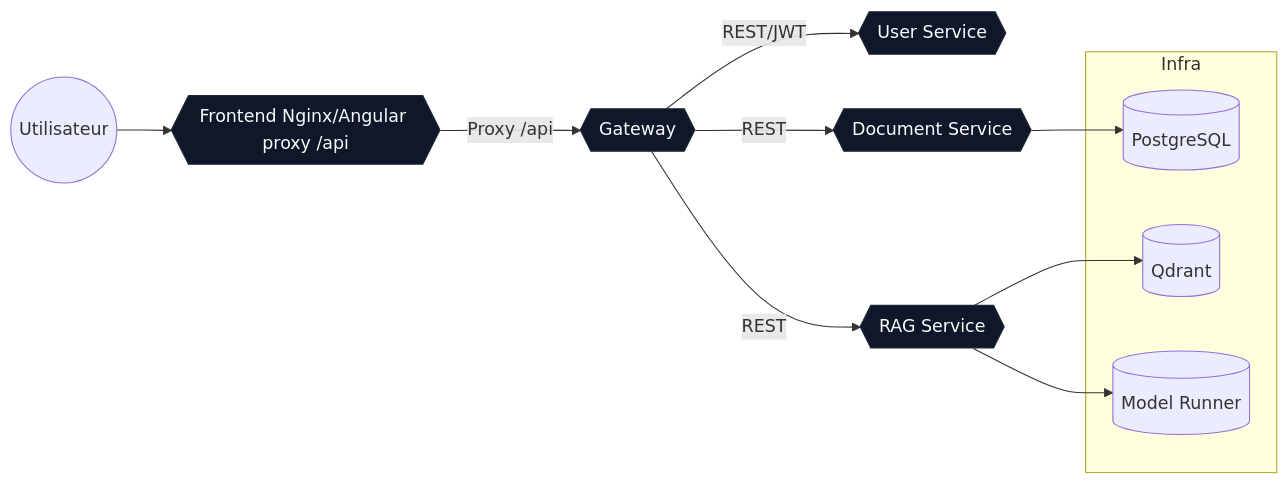
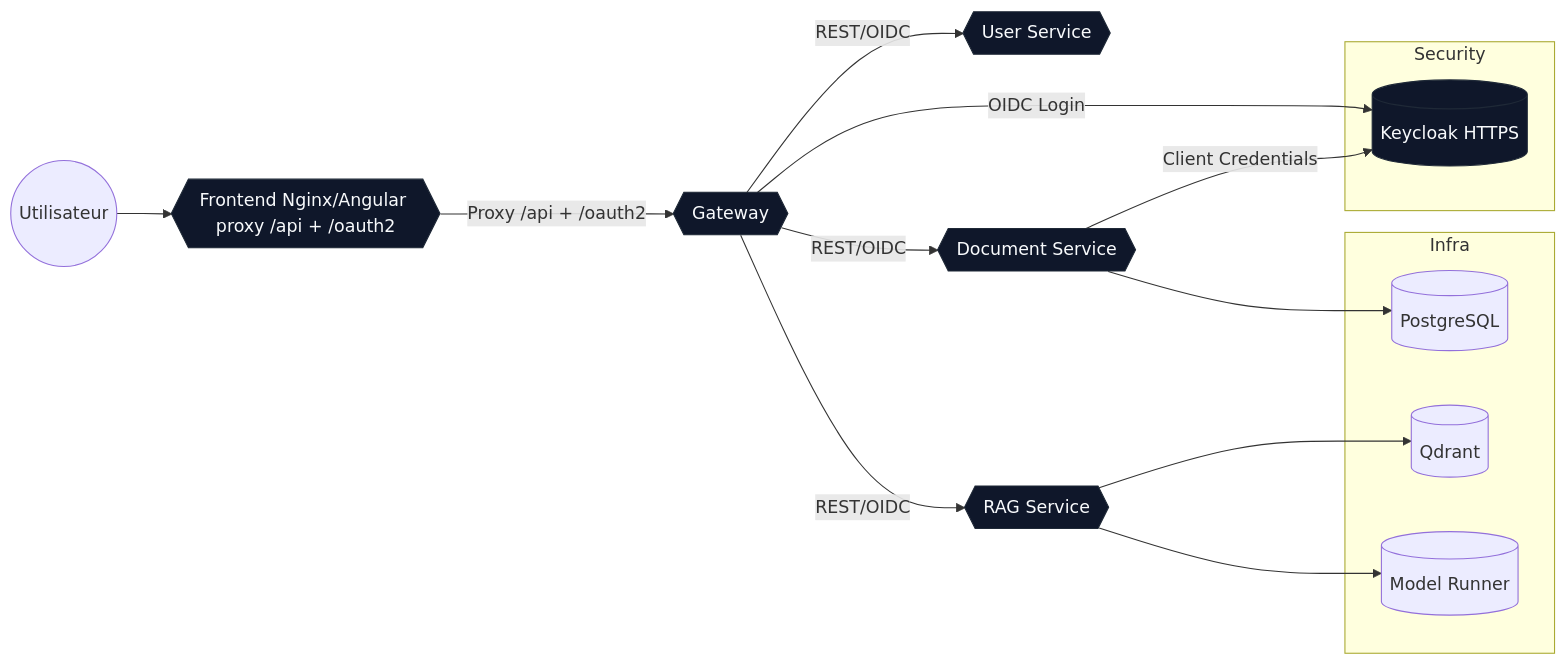
Before and after one commit to dbeaumont/knowledge-app: the second of 2 diagrams in README.md, drawn with Mermaid. The commit also changed other lines of this file and 39 other files, not shown here.

Commit message:
Bascule sur keycloak en https

````diff
--- a/README.md
+++ b/README.md
@@ -112,28 +225,33 @@
 ```mermaid
 flowchart LR
   user((Utilisateur))
   subgraph Infra
     postgres[(PostgreSQL)]
     qdrant[(Qdrant)]
     modelrunner[(Model Runner)]
   end
+  subgraph Security
+    keycloak[(Keycloak HTTPS)]
+  end
 
-  gateway -->|REST/JWT| user-service
-  gateway -->|REST| document-service
-  gateway -->|REST| rag-service
+  gateway -->|REST/OIDC| user-service
+  gateway -->|REST/OIDC| document-service
+  gateway -->|REST/OIDC| rag-service
+  gateway -->|OIDC Login| keycloak
   user --> frontend
-  frontend-->|Proxy /api| gateway
+  frontend-->|Proxy /api + /oauth2| gateway
 
   document-service --> postgres
   rag-service --> qdrant
   rag-service --> modelrunner
+  document-service -->|Client Credentials| keycloak
 
   classDef svc fill:#0f172a,stroke:#1f2937,stroke-width:1px,color:#f8fafc;
-  class frontend,gateway,rag-service,document-service,user-service svc;
+  class frontend,gateway,rag-service,document-service,user-service,keycloak svc;
 
-  frontend{{Frontend Nginx/Angular proxy /api}}
+  frontend{{Frontend Nginx/Angular proxy /api + /oauth2}}
   gateway{{Gateway}}
   rag-service{{RAG Service}}
   document-service{{Document Service}}
   user-service{{User Service}}
 ```
````
